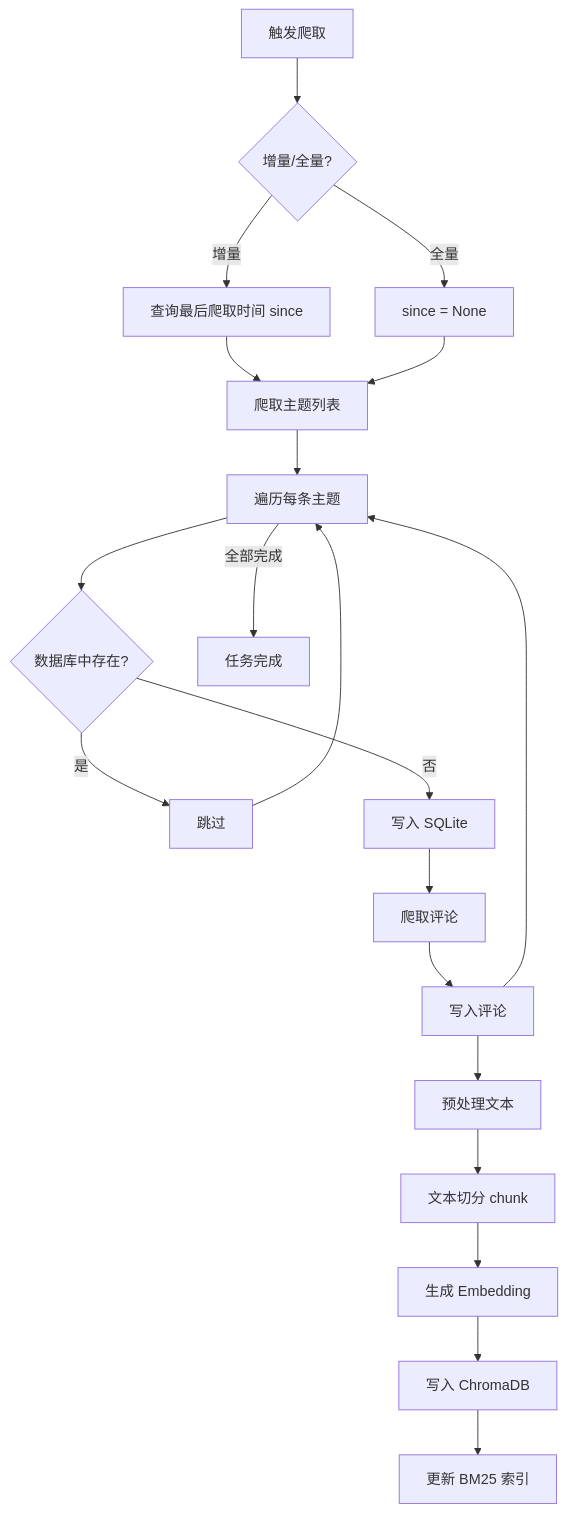
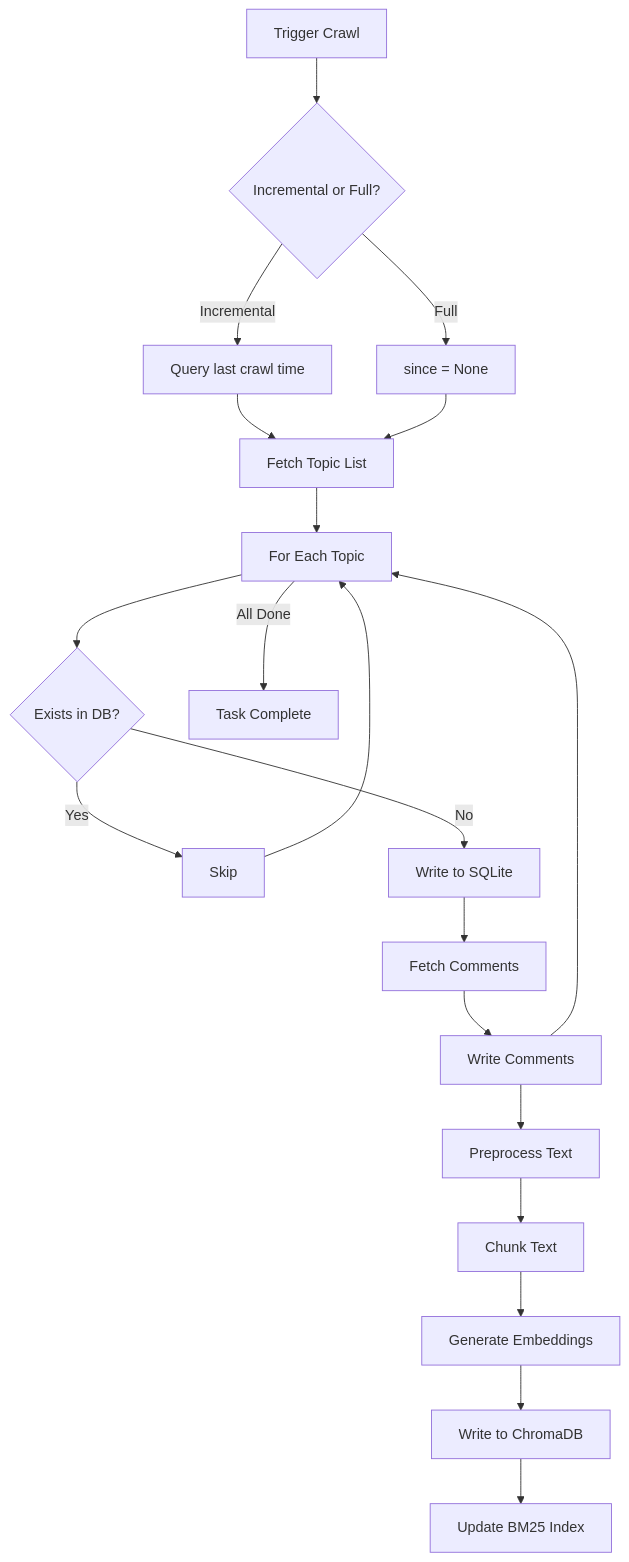
The second of 3 diagrams in docs/docs/api/sources.mdx (XUranus/dungeon), drawn with Mermaid before and after one commit. The commit also changed other lines of this file and 75 other files, not shown here.

````diff
--- a/docs/docs/api/sources.mdx
+++ b/docs/docs/api/sources.mdx
@@ -313,25 +356,25 @@
 ```mermaid
 flowchart TD
-    A[触发爬取] --> B{增量/全量?}
-    B -->|增量| C[查询最后爬取时间 since]
-    B -->|全量| D[since = None]
+    A[Trigger Crawl] --> B{Incremental or Full?}
+    B -->|Incremental| C[Query last crawl time]
+    B -->|Full| D[since = None]
 
-    C --> E[爬取主题列表]
+    C --> E[Fetch Topic List]
     D --> E
 
-    E --> F[遍历每条主题]
-    F --> G{数据库中存在?}
-    G -->|是| H[跳过]
-    G -->|否| I[写入 SQLite]
-    I --> J[爬取评论]
-    J --> K[写入评论]
-    K --> L[预处理文本]
-    L --> M[文本切分 chunk]
-    M --> N[生成 Embedding]
-    N --> O[写入 ChromaDB]
-    O --> P[更新 BM25 索引]
+    E --> F[For Each Topic]
+    F --> G{Exists in DB?}
+    G -->|Yes| H[Skip]
+    G -->|No| I[Write to SQLite]
+    I --> J[Fetch Comments]
+    J --> K[Write Comments]
+    K --> L[Preprocess Text]
+    L --> M[Chunk Text]
+    M --> N[Generate Embeddings]
+    N --> O[Write to ChromaDB]
+    O --> P[Update BM25 Index]
 
     H --> F
     K --> F
-    F -->|全部完成| Q[任务完成]
+    F -->|All Done| Q[Task Complete]
 ```
````
